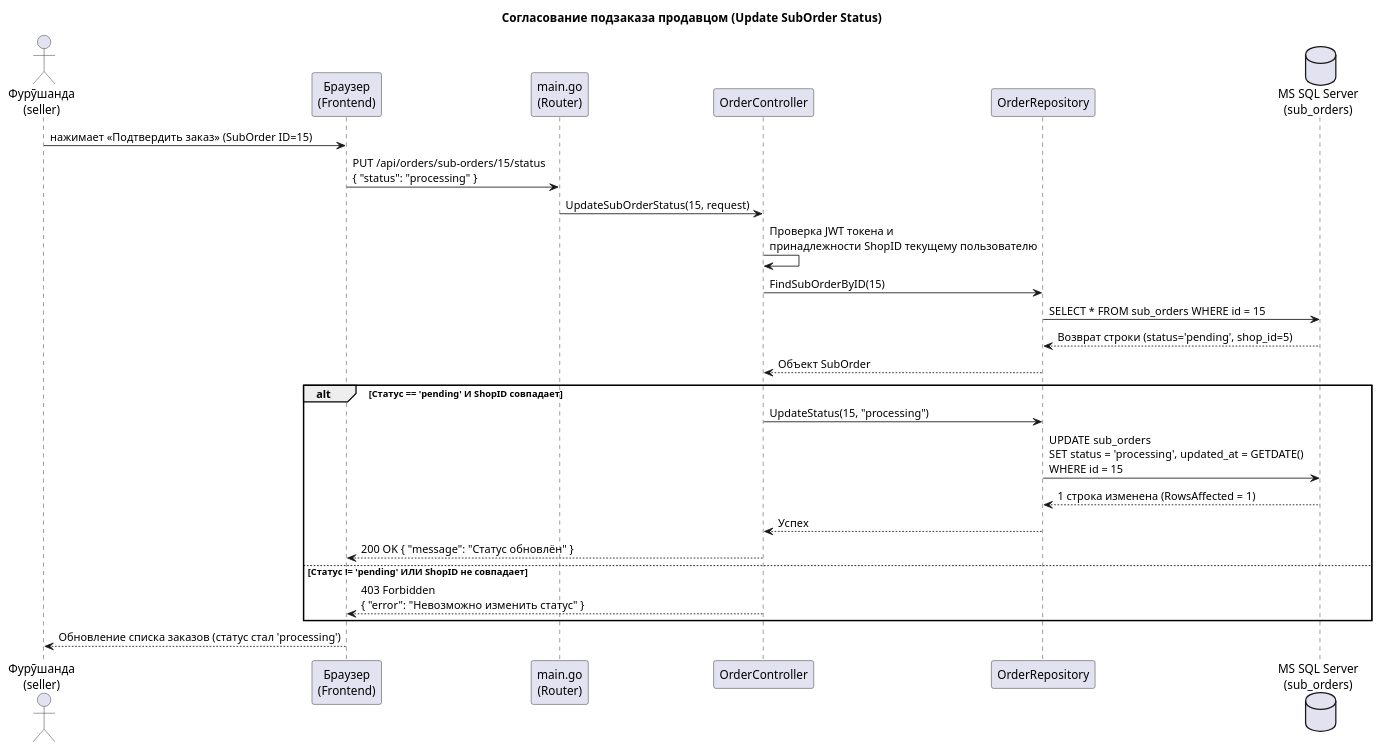
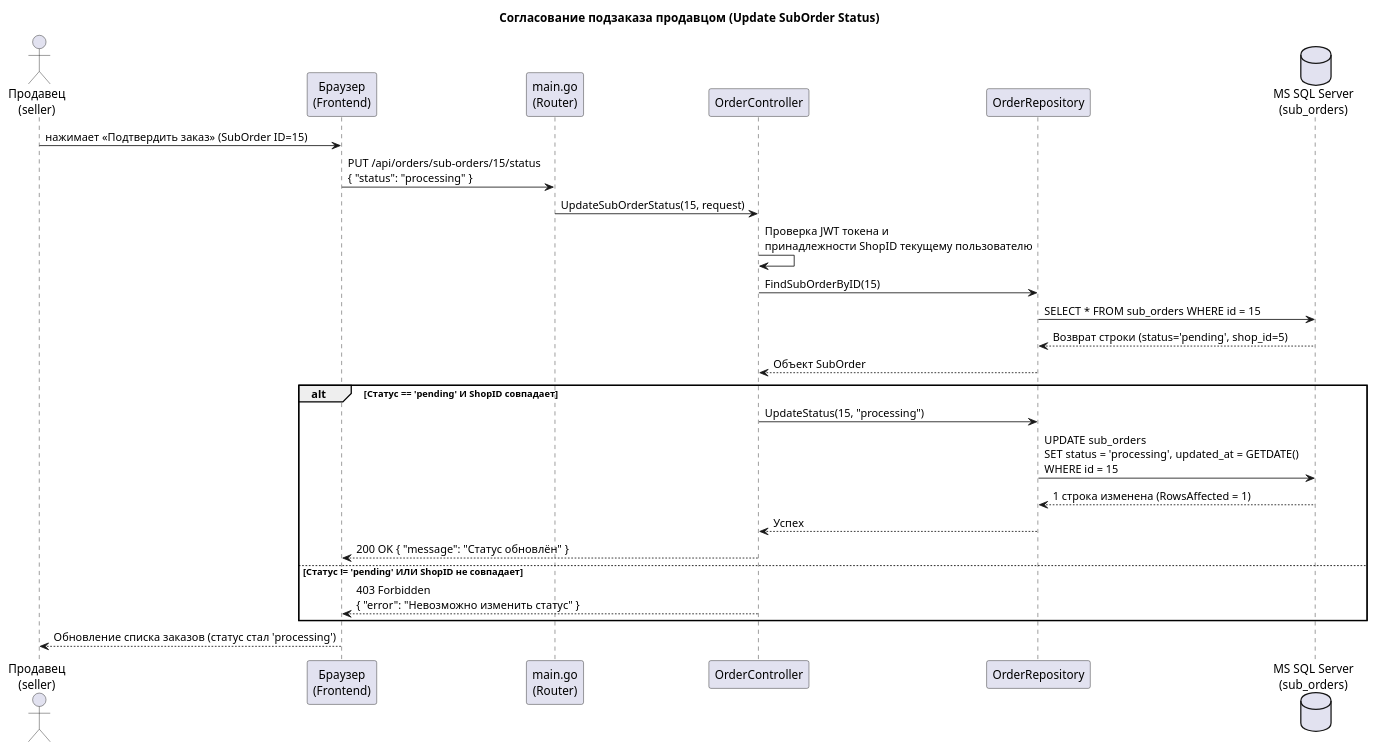
The diagram in docs/04-behavior/sequence-order.puml (SocLord/marketplace), drawn with PlantUML before and after one commit. The commit also changed 5 other files, not shown here.

Commit message:
docs: UML-модель поведения (lab-04)

```diff
--- a/docs/04-behavior/sequence-order.puml
+++ b/docs/04-behavior/sequence-order.puml
@@ -1,34 +1,34 @@
 @startuml sequence-order
 title Согласование подзаказа продавцом (Update SubOrder Status)
 
-actor "Фурӯшанда\n(seller)" as Seller
+actor "Продавец\n(seller)" as Seller
 participant "Браузер\n(Frontend)" as Browser
 participant "main.go\n(Router)" as Router
 participant "OrderController" as Controller
 participant "OrderRepository" as Repo
 database "MS SQL Server\n(sub_orders)" as DB
 
 Seller -> Browser : нажимает «Подтвердить заказ» (SubOrder ID=15)
 Browser -> Router : PUT /api/orders/sub-orders/15/status\n{ "status": "processing" }
 Router -> Controller : UpdateSubOrderStatus(15, request)
 
 Controller -> Controller : Проверка JWT токена и \nпринадлежности ShopID текущему пользователю
 
 Controller -> Repo : FindSubOrderByID(15)
 Repo -> DB : SELECT * FROM sub_orders WHERE id = 15
 DB --> Repo : Возврат строки (status='pending', shop_id=5)
 Repo --> Controller : Объект SubOrder
 
 alt Статус == 'pending' И ShopID совпадает
   Controller -> Repo : UpdateStatus(15, "processing")
   Repo -> DB : UPDATE sub_orders \nSET status = 'processing', updated_at = GETDATE() \nWHERE id = 15
   DB --> Repo : 1 строка изменена (RowsAffected = 1)
   Repo --> Controller : Успех
   Controller --> Browser : 200 OK { "message": "Статус обновлён" }
 else Статус != 'pending' ИЛИ ShopID не совпадает
   Controller --> Browser : 403 Forbidden \n{ "error": "Невозможно изменить статус" }
 end
 
 Browser --> Seller : Обновление списка заказов (статус стал 'processing')
 
 @enduml
```
